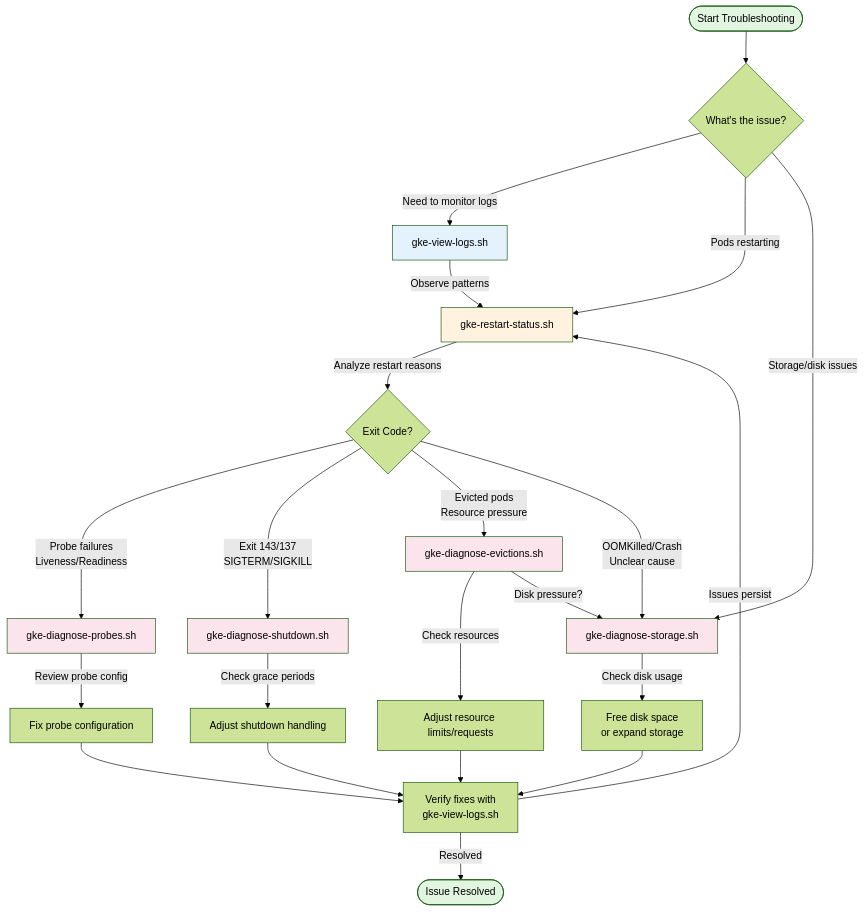
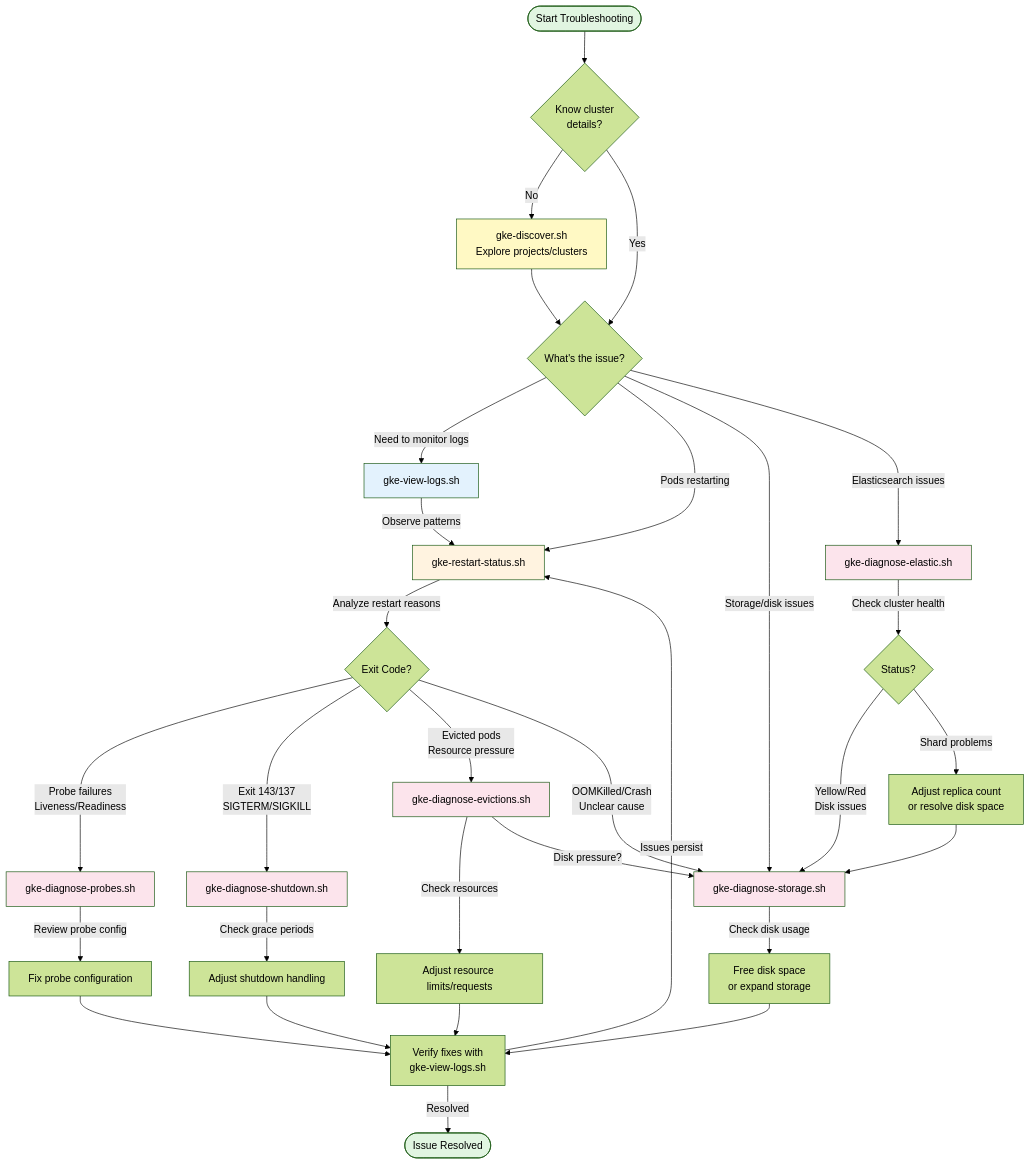
One commit to mattshunter/gke-utils changed the diagram in README.md. Above: the diagram before and after it, drawn with Mermaid (forest theme). The commit also changed other lines of this file, not shown here.

Commit message:
Updated workflow diagram and added more useful references to README.md.

````diff
--- a/README.md
+++ b/README.md
@@ -48,41 +48,53 @@
 ```mermaid
 flowchart TD
     Start([Start Troubleshooting])
-    Start --> Choice{What's the issue?}
+    Start --> Discover{Know cluster<br/>details?}
+    
+    Discover -->|No| GkeDiscover[gke-discover.sh<br/>Explore projects/clusters]
+    Discover -->|Yes| Choice{What's the issue?}
+    GkeDiscover --> Choice
     
     Choice -->|Need to monitor logs| ViewLogs[gke-view-logs.sh]
     Choice -->|Pods restarting| RestartStatus[gke-restart-status.sh]
     Choice -->|Storage/disk issues| Storage[gke-diagnose-storage.sh]
+    Choice -->|Elasticsearch issues| Elastic[gke-diagnose-elastic.sh]
     
     ViewLogs -->|Observe patterns| RestartStatus
     
     RestartStatus -->|Analyze restart reasons| Decision{Exit Code?}
     
     Decision -->|Probe failures<br/>Liveness/Readiness| Probes[gke-diagnose-probes.sh]
     Decision -->|Exit 143/137<br/>SIGTERM/SIGKILL| Shutdown[gke-diagnose-shutdown.sh]
     Decision -->|Evicted pods<br/>Resource pressure| Evictions[gke-diagnose-evictions.sh]
     Decision -->|OOMKilled/Crash<br/>Unclear cause| Storage
     
+    Elastic -->|Check cluster health| ElasticDecision{Status?}
+    ElasticDecision -->|Yellow/Red<br/>Disk issues| Storage
+    ElasticDecision -->|Shard problems| Fix5[Adjust replica count<br/>or resolve disk space]
+    
     Probes -->|Review probe config| Fix1[Fix probe configuration]
     Shutdown -->|Check grace periods| Fix2[Adjust shutdown handling]
     Evictions -->|Check resources| Fix3[Adjust resource limits/requests]
     Evictions -->|Disk pressure?| Storage
     Storage -->|Check disk usage| Fix4[Free disk space<br/>or expand storage]
+    Fix5 --> Storage
     
     Fix1 --> Verify[Verify fixes with<br/>gke-view-logs.sh]
     Fix2 --> Verify
     Fix3 --> Verify
     Fix4 --> Verify
     
     Verify -->|Issues persist| RestartStatus
     Verify -->|Resolved| End([Issue Resolved])
     
     style Start fill:#e1f5e1
     style End fill:#e1f5e1
+    style GkeDiscover fill:#fff9c4
     style ViewLogs fill:#e3f2fd
     style RestartStatus fill:#fff3e0
     style Probes fill:#fce4ec
     style Shutdown fill:#fce4ec
     style Evictions fill:#fce4ec
     style Storage fill:#fce4ec
+    style Elastic fill:#fce4ec
 ```
````
